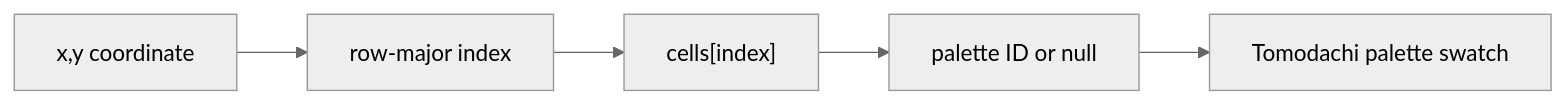
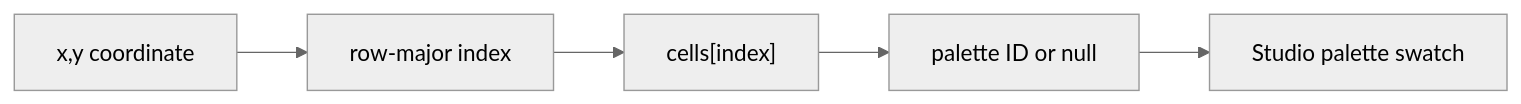
The second of 8 diagrams in living-the-grid-studio/PROJECT_STACK_AND_IMPLEMENTATION.md (RazonIn4K/Mii-pixelart), drawn with Mermaid (neutral theme) before and after one commit. The commit also changed other lines of this file and 380 other files, not shown here.

````diff
--- a/living-the-grid-studio/PROJECT_STACK_AND_IMPLEMENTATION.md
+++ b/living-the-grid-studio/PROJECT_STACK_AND_IMPLEMENTATION.md
@@ -265,7 +327,7 @@
 ```mermaid
 flowchart LR
   XY["x,y coordinate"] --> Index["row-major index"]
   Index --> Cell["cells[index]"]
   Cell --> PaletteID["palette ID or null"]
-  PaletteID --> Swatch["Tomodachi palette swatch"]
+  PaletteID --> Swatch["Studio palette swatch"]
 ```
````
